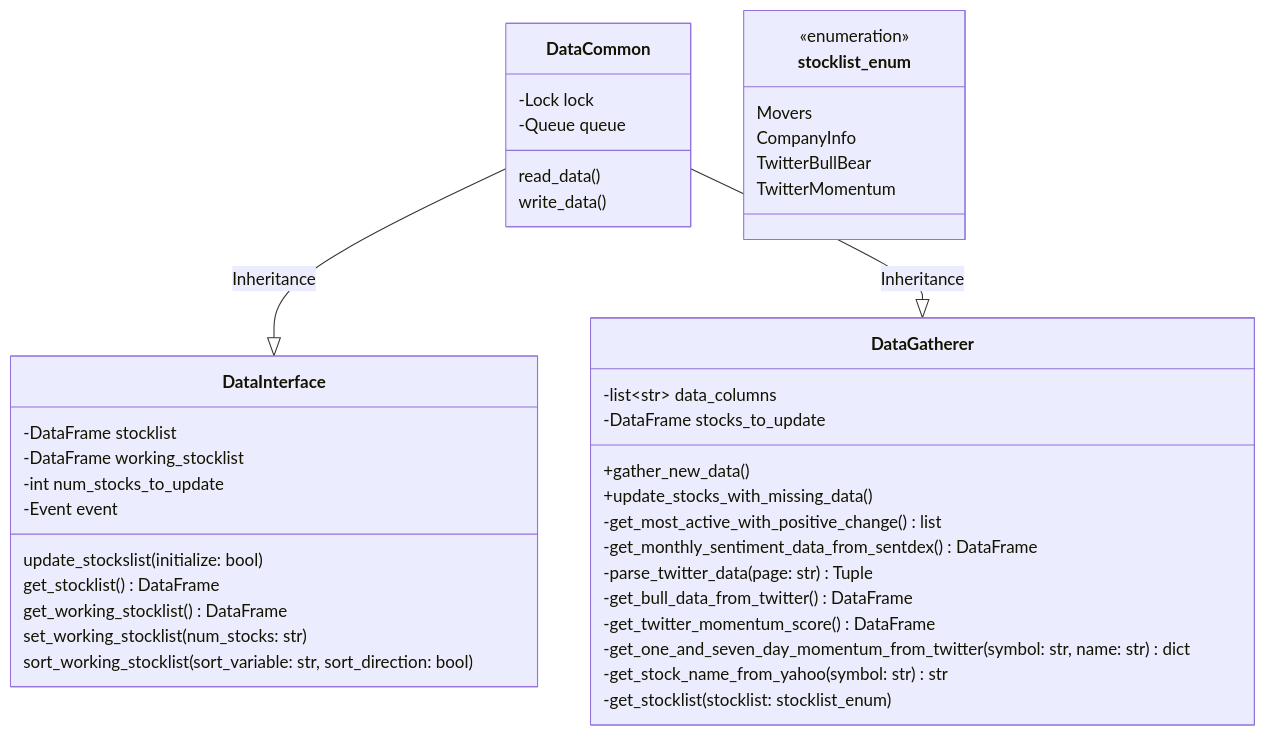
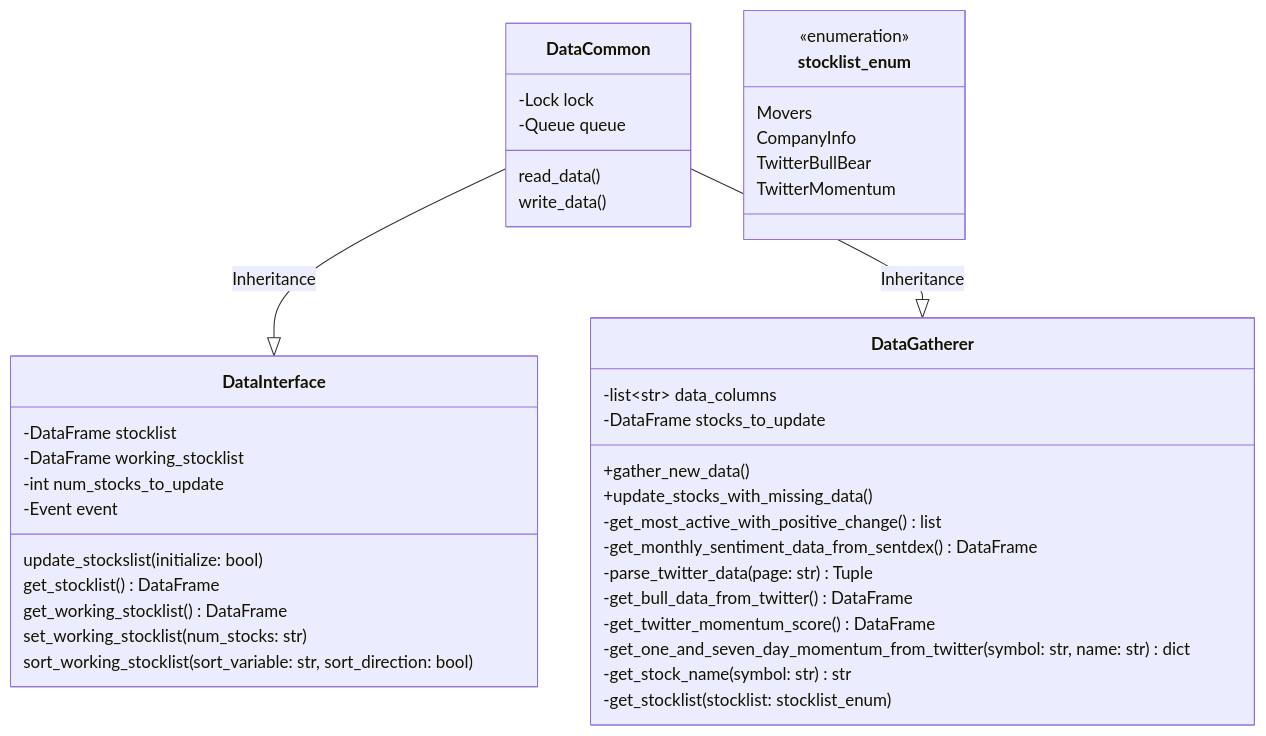
One commit to timfornell/StockScreener changed the diagram in Doc/ClassDiagram.mmd. Above: the diagram before and after it, drawn with Mermaid. The commit also changed 1 other file, not shown here.

Commit message:
Update TODO and classdiagram£

```diff
--- a/Doc/ClassDiagram.mmd
+++ b/Doc/ClassDiagram.mmd
@@ -1,47 +1,47 @@
 classDiagram
 class DataCommon{
     read_data()
     write_data()
     -Lock lock
     -Queue queue
 }
 
 class DataInterface{
     -DataFrame stocklist
     -DataFrame working_stocklist
     -int num_stocks_to_update
     -Event event
 
     update_stockslist(initialize: bool)
     get_stocklist() DataFrame
     get_working_stocklist() DataFrame
     set_working_stocklist(num_stocks: str)
     sort_working_stocklist(sort_variable: str, sort_direction: bool)
 }
 
 class DataGatherer{
     -list~str~ data_columns
     -DataFrame stocks_to_update
 
     +gather_new_data()
     +update_stocks_with_missing_data()
     -get_most_active_with_positive_change() list
     -get_monthly_sentiment_data_from_sentdex() DataFrame
     -parse_twitter_data(page: str) Tuple
     -get_bull_data_from_twitter() DataFrame
     -get_twitter_momentum_score() DataFrame
     -get_one_and_seven_day_momentum_from_twitter(symbol: str, name: str) dict
-    -get_stock_name_from_yahoo(symbol: str) str
+    -get_stock_name(symbol: str) str
     -get_stocklist(stocklist: stocklist_enum)
 }
 
 class stocklist_enum{
     <<enumeration>>
     Movers
     CompanyInfo
     TwitterBullBear
     TwitterMomentum
 }
 
 DataCommon --|> DataInterface : Inheritance
 DataCommon --|> DataGatherer : Inheritance
```
